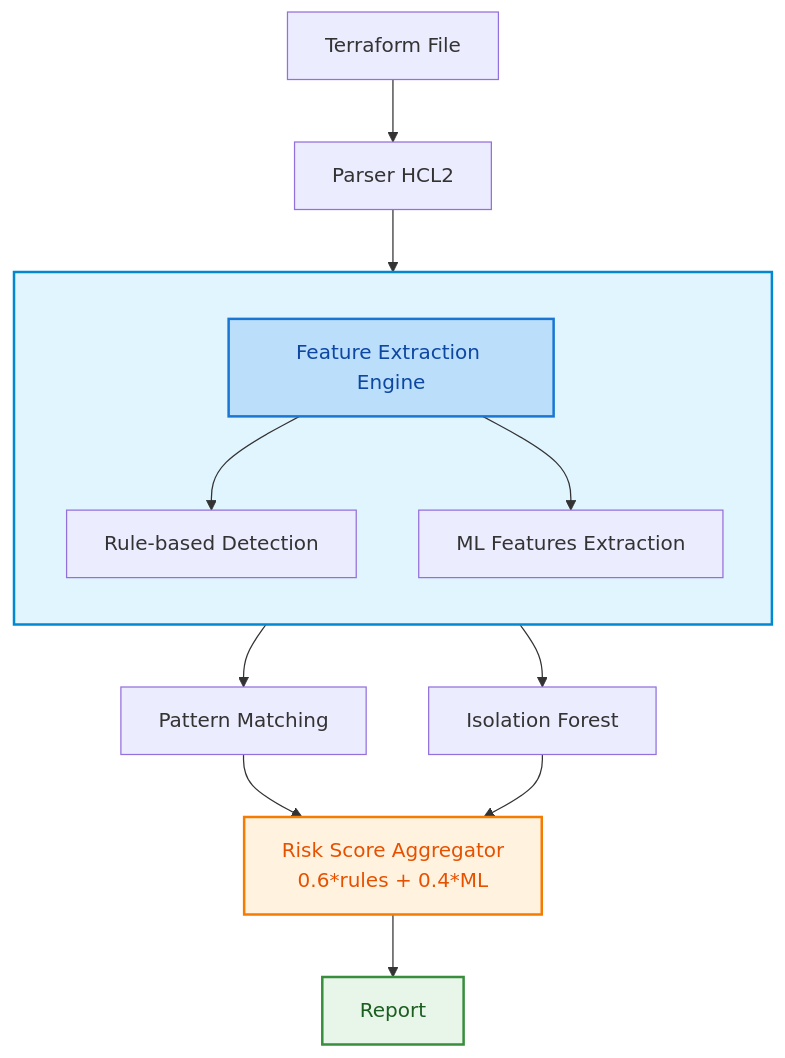
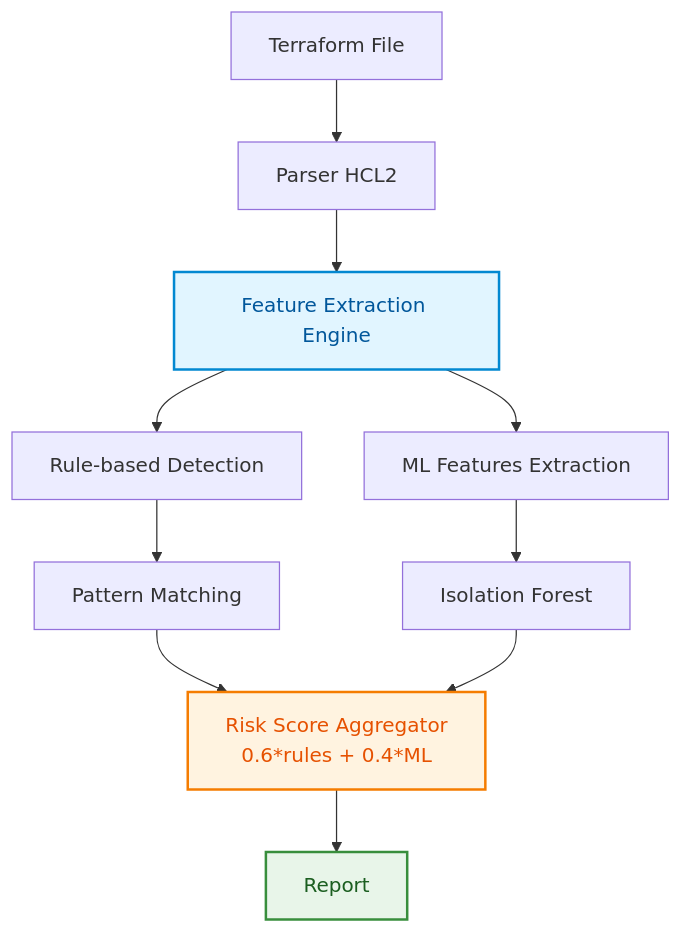
The diagram in README.md (oguarni/TerraSafe), drawn with Mermaid before and after one commit.

Commit message:
Refactor mermaid diagram in README
Updated the diagram to remove the FEE subgraph and adjusted styles.

````diff
--- a/README.md
+++ b/README.md
@@ -36,25 +36,20 @@
 ```mermaid
 graph TD
     A[Terraform File] --> B[Parser HCL2]
-    B --> FEE
+    B --> C[Feature Extraction Engine]
     
-    subgraph FEE[" "]
-        direction TB
-        C[Feature Extraction Engine]
-        C --> D[Rule-based Detection]
-        C --> E[ML Features Extraction]
-    end
+    C --> D[Rule-based Detection]
+    C --> E[ML Features Extraction]
     
     D --> F[Pattern Matching]
     E --> G[Isolation Forest]
     
     F --> H[Risk Score Aggregator <br> 0.6*rules + 0.4*ML]
     G --> H
     
     H --> I[Report]
 
-    style FEE fill:#e1f5ff,stroke:#0288d1,stroke-width:2px
-    style C fill:#bbdefb,stroke:#1976d2,stroke-width:2px,color:#0d47a1
+    style C fill:#e1f5ff,stroke:#0288d1,stroke-width:2px,color:#01579b
     style H fill:#fff3e0,stroke:#f57c00,stroke-width:2px,color:#e65100
     style I fill:#e8f5e9,stroke:#388e3c,stroke-width:2px,color:#1b5e20
 ```
````
